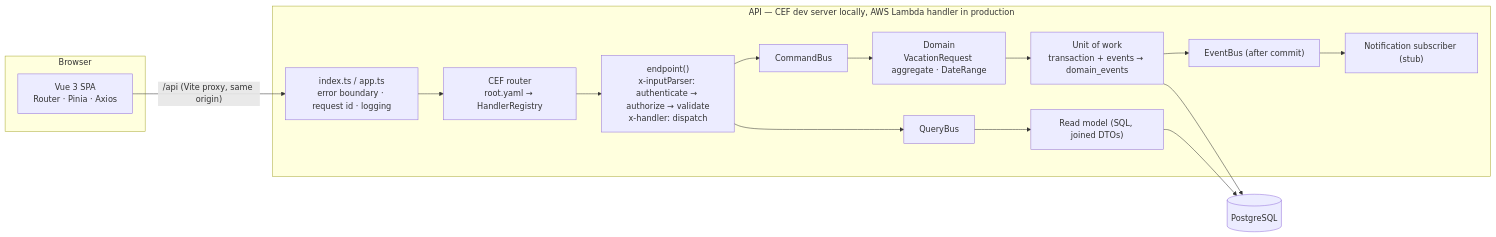
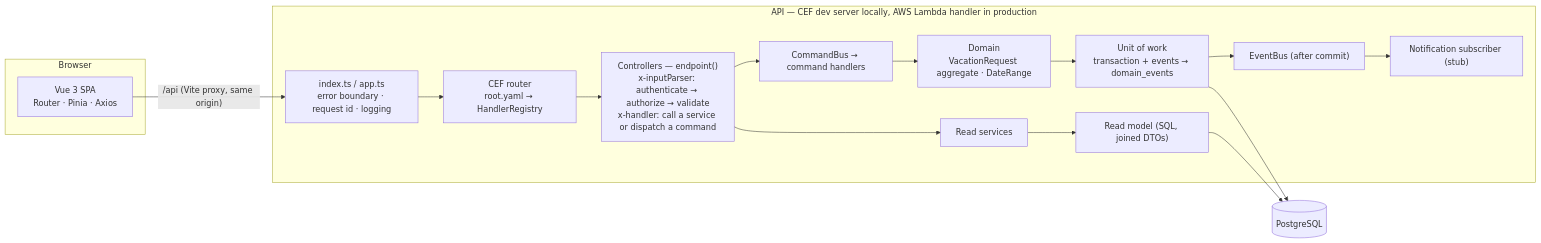
One commit to KobiSaada/LeaveFlow changed the first of 2 diagrams in README.md. Above: the diagram before and after it, drawn with Mermaid. The commit also changed other lines of this file and 35 other files, not shown here.

````diff
--- a/README.md
+++ b/README.md
@@ -79,22 +79,22 @@
 ```mermaid
 flowchart LR
     subgraph Browser
         Web["Vue 3 SPA<br/>Router · Pinia · Axios"]
     end
     Web -- "/api (Vite proxy, same origin)" --> Entry
     subgraph API["API — CEF dev server locally, AWS Lambda handler in production"]
         Entry["index.ts / app.ts<br/>error boundary · request id · logging"]
         Router["CEF router<br/>root.yaml → HandlerRegistry"]
-        HTTP["endpoint()<br/>x-inputParser: authenticate → authorize → validate<br/>x-handler: dispatch"]
-        CB["CommandBus"] --> Domain["Domain<br/>VacationRequest aggregate · DateRange"]
-        QB["QueryBus"] --> Read["Read model (SQL, joined DTOs)"]
+        HTTP["Controllers — endpoint()<br/>x-inputParser: authenticate → authorize → validate<br/>x-handler: call a service or dispatch a command"]
+        CB["CommandBus → command handlers"] --> Domain["Domain<br/>VacationRequest aggregate · DateRange"]
+        QB["Read services"] --> Read["Read model (SQL, joined DTOs)"]
         UoW["Unit of work<br/>transaction + events → domain_events"]
         EB["EventBus (after commit)"] --> Sub["Notification subscriber (stub)"]
     end
     Entry --> Router --> HTTP
     HTTP --> CB
     HTTP --> QB
     Domain --> UoW --> DB[(PostgreSQL)]
     Read --> DB
     UoW --> EB
 ```
````
